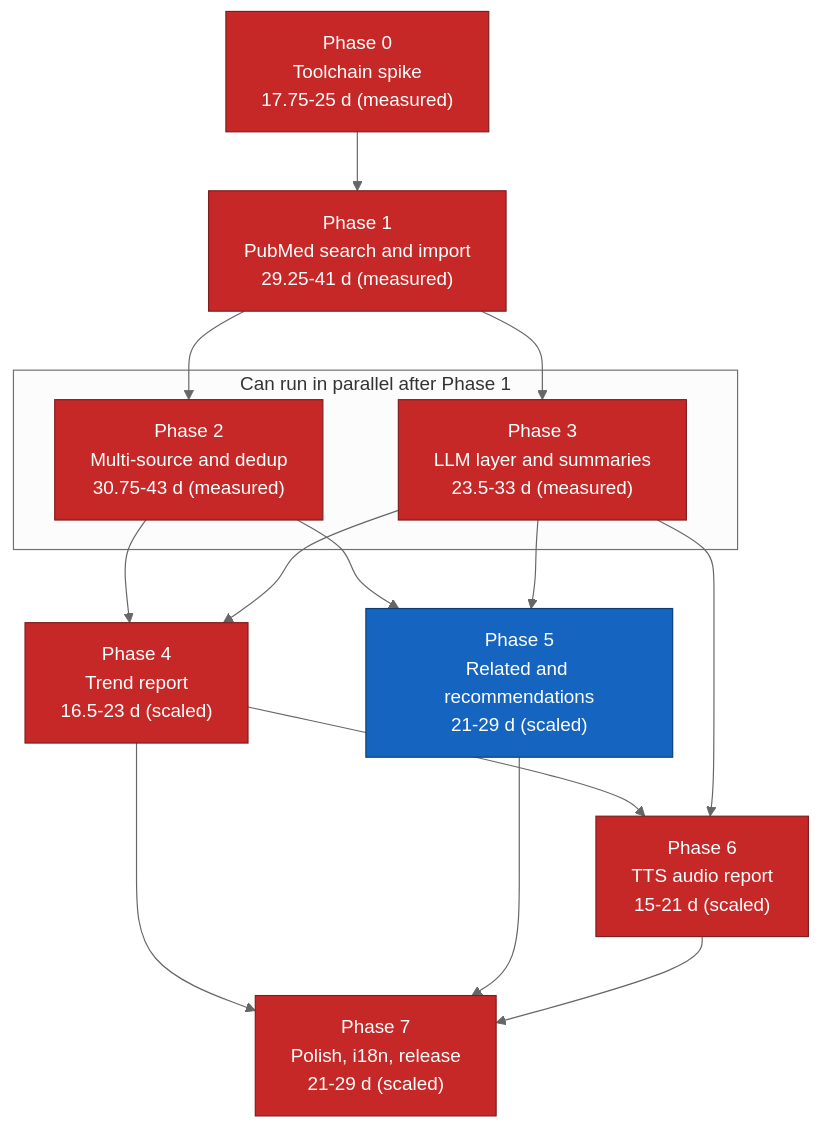
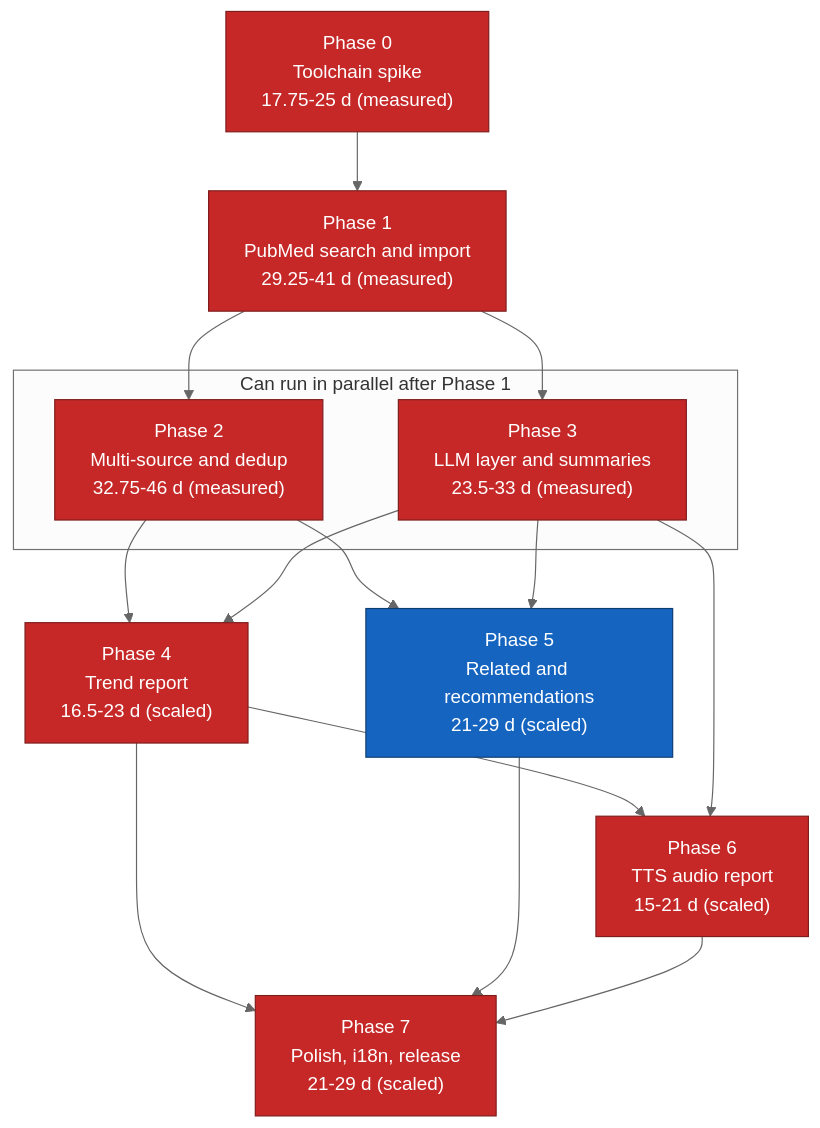
The diagram in docs/11-implementation-roadmap.md (suppakoko/research_helper), drawn with Mermaid (neutral theme) before and after one commit. The commit also changed other lines of this file and 3 other files, not shown here.

````diff
--- a/docs/11-implementation-roadmap.md
+++ b/docs/11-implementation-roadmap.md
@@ -326,34 +326,34 @@
 ```mermaid
 graph TD
     P0["Phase 0<br/>Toolchain spike<br/>17.75-25 d (measured)"]
     P1["Phase 1<br/>PubMed search and import<br/>29.25-41 d (measured)"]
-    P2["Phase 2<br/>Multi-source and dedup<br/>30.75-43 d (measured)"]
+    P2["Phase 2<br/>Multi-source and dedup<br/>32.75-46 d (measured)"]
     P3["Phase 3<br/>LLM layer and summaries<br/>23.5-33 d (measured)"]
     P4["Phase 4<br/>Trend report<br/>16.5-23 d (scaled)"]
     P5["Phase 5<br/>Related and recommendations<br/>21-29 d (scaled)"]
     P6["Phase 6<br/>TTS audio report<br/>15-21 d (scaled)"]
     P7["Phase 7<br/>Polish, i18n, release<br/>21-29 d (scaled)"]
 
     P0 --> P1
     P1 --> P2
     P1 --> P3
     P2 --> P4
     P3 --> P4
     P2 --> P5
     P3 --> P5
     P4 --> P6
     P3 --> P6
     P4 --> P7
     P5 --> P7
     P6 --> P7
 
     subgraph parallel["Can run in parallel after Phase 1"]
         P2
         P3
     end
 
     classDef critical fill:#c62828,stroke:#7f1d1d,color:#ffffff
     classDef normal fill:#1565c0,stroke:#0d3c73,color:#ffffff
     class P0,P1,P2,P3,P4,P6,P7 critical
     class P5 normal
 ```
````
